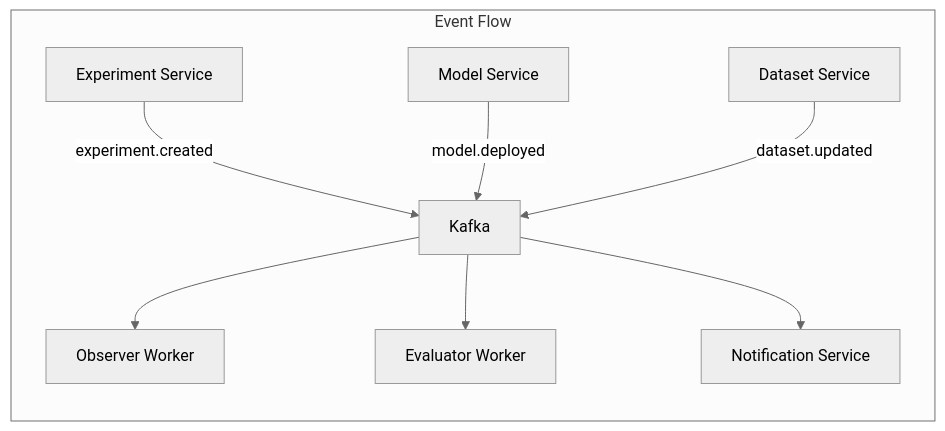
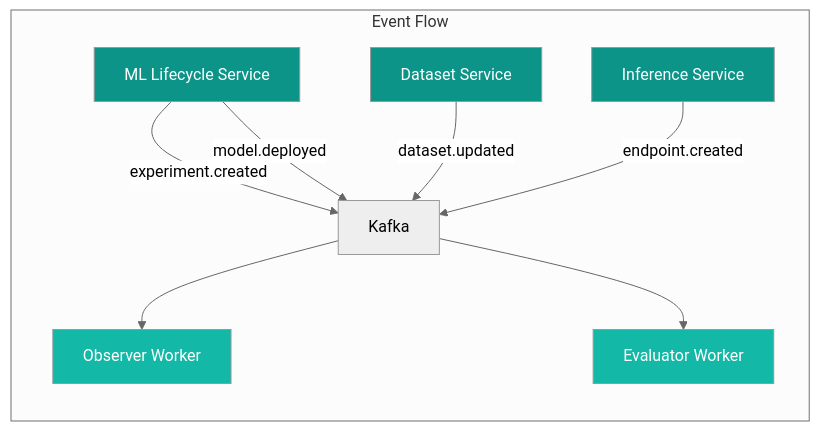
One commit to mlflow/mlflow changed the eighth of 17 diagrams in GENESIS_PLATFORM_MICROSERVICES_ARCHITECTURE.md. Above: the diagram before and after it, drawn with Mermaid (neutral theme). The commit also changed other lines of this file and 1 other file, not shown here.

First line of the commit message:
Simplify microservices architecture and improve diagram visibility

````diff
--- a/GENESIS_PLATFORM_MICROSERVICES_ARCHITECTURE.md
+++ b/GENESIS_PLATFORM_MICROSERVICES_ARCHITECTURE.md
@@ -429,22 +407,27 @@
 ```mermaid
 graph LR
     subgraph "Event Flow"
-        P1[Experiment Service]
-        P2[Model Service]
-        P3[Dataset Service]
+        P1[ML Lifecycle Service]
+        P2[Dataset Service]
+        P3[Inference Service]
         
         K[Kafka]
         
         C1[Observer Worker]
         C2[Evaluator Worker]
-        C3[Notification Service]
         
         P1 -->|experiment.created| K
-        P2 -->|model.deployed| K
-        P3 -->|dataset.updated| K
+        P1 -->|model.deployed| K
+        P2 -->|dataset.updated| K
+        P3 -->|endpoint.created| K
         
         K --> C1
         K --> C2
-        K --> C3
     end
+    
+    style P1 fill:#0d9488,color:#fff
+    style P2 fill:#0d9488,color:#fff
+    style P3 fill:#0d9488,color:#fff
+    style C1 fill:#14b8a6,color:#fff
+    style C2 fill:#14b8a6,color:#fff
 ```
````
